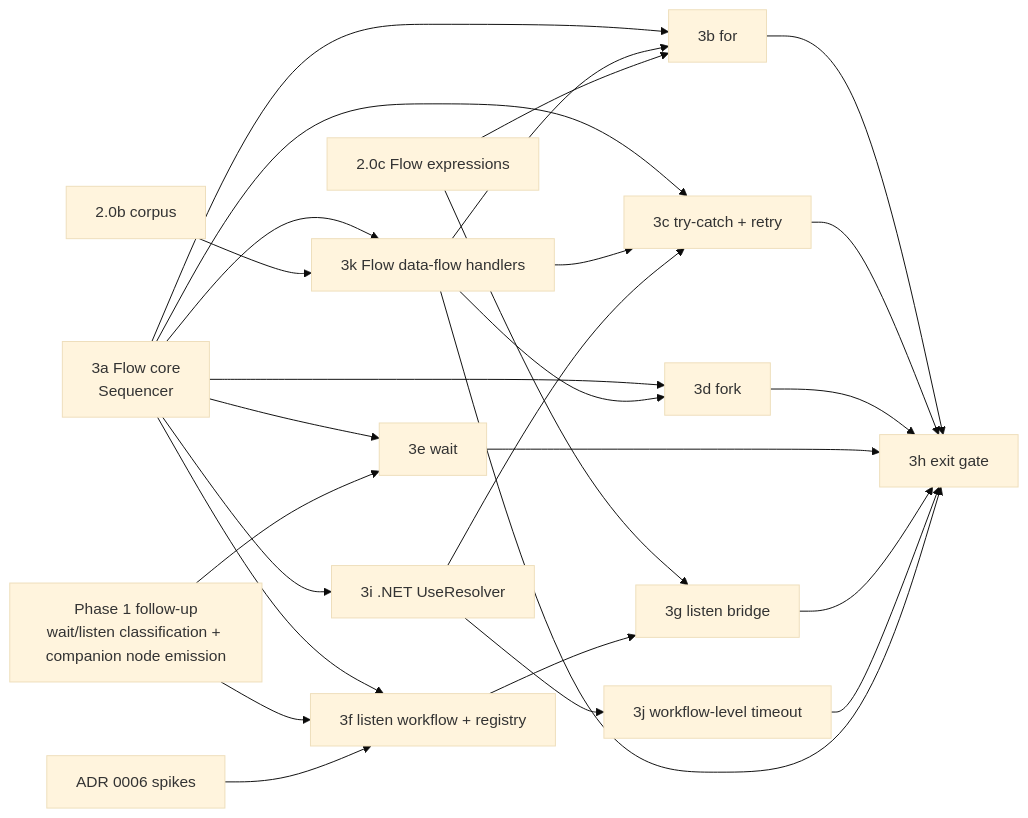
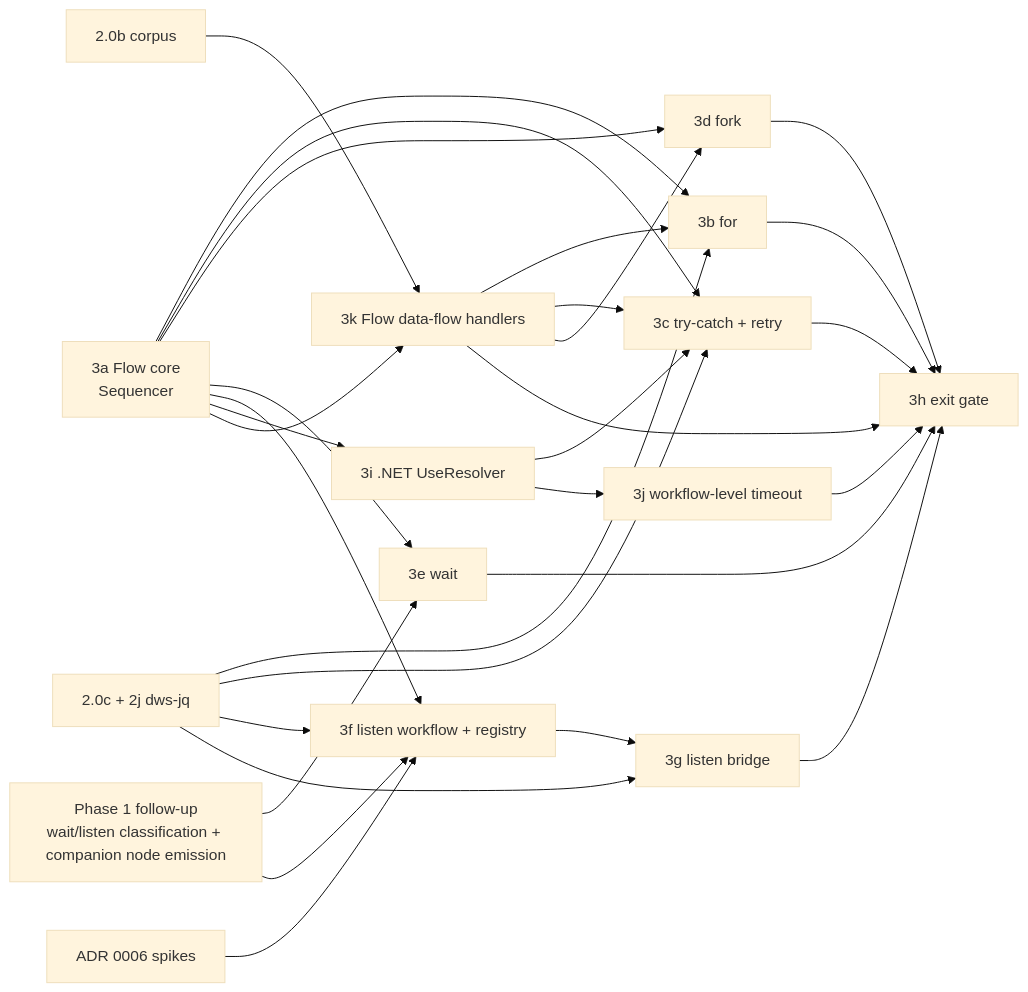
Before and after one commit to tonylibs/dapr-workflow-spec: the third of 4 diagrams in docs/roadmaps/workflow-runtime-architecture-roadmap.md, drawn with Mermaid (base theme). The commit also changed other lines of this file and 3 other files, not shown here.

````diff
--- a/docs/roadmaps/workflow-runtime-architecture-roadmap.md
+++ b/docs/roadmaps/workflow-runtime-architecture-roadmap.md
@@ -275,33 +280,35 @@
 ```mermaid
 flowchart LR
   P1F["Phase 1 follow-up<br/>wait/listen classification + companion node emission"]
   K0["2.0b corpus"]
-  X0["2.0c Flow expressions"]
+  X0["2.0c + 2j dws-jq"]
   SP["ADR 0006 spikes"]
   A["3a Flow core<br/>Sequencer"] --> B["3b for"]
   A --> C["3c try-catch + retry"]
   A --> D["3d fork"]
   A --> E["3e wait"]
   A --> F["3f listen workflow + registry"]
   A --> I["3i .NET UseResolver"]
   A --> K["3k Flow data-flow handlers"]
   K0 --> K
   K --> B
   K --> C
   K --> D
   X0 --> B
+  X0 --> C
+  X0 --> F
   X0 --> G
   I --> C
   I --> J["3j workflow-level timeout"]
   P1F --> E
   P1F --> F
   SP --> F
   F --> G["3g listen bridge"]
   B --> H["3h exit gate"]
   C --> H
   D --> H
   E --> H
   G --> H
   J --> H
   K --> H
 ```
````
